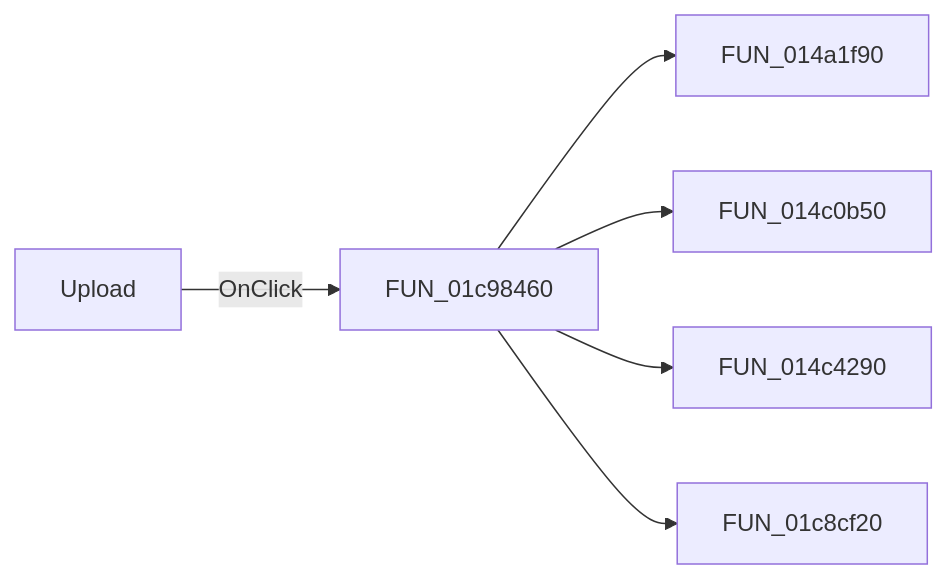
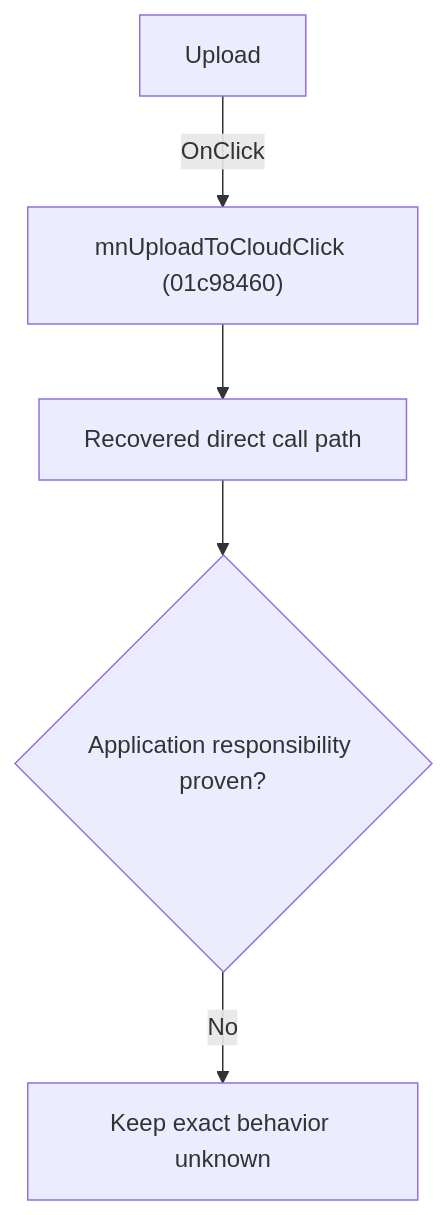
The diagram in docs/ui-controls/schematiceditor/mnuploadtocloud-060ebea113.md (MovGP0/TIARA), drawn with Mermaid before and after one commit. The commit also changed other lines of this file and 1062 other files, not shown here.

````diff
--- a/docs/ui-controls/schematiceditor/mnuploadtocloud-060ebea113.md
+++ b/docs/ui-controls/schematiceditor/mnuploadtocloud-060ebea113.md
@@ -27,8 +27,7 @@
 ```mermaid
-flowchart LR
-    control["Upload"] -->|OnClick| handler["FUN_01c98460"]
-    handler --> call1["FUN_014a1f90"]
-    handler --> call2["FUN_014c0b50"]
-    handler --> call3["FUN_014c4290"]
-    handler --> call4["FUN_01c8cf20"]
+flowchart TD
+    control["Upload"] -->|"OnClick"| handler["mnUploadToCloudClick (01c98460)"]
+    handler --> recovered["Recovered direct call path"]
+    recovered --> gap{"Application responsibility proven?"}
+    gap -->|"No"| blocked["Keep exact behavior unknown"]
 ```
````
